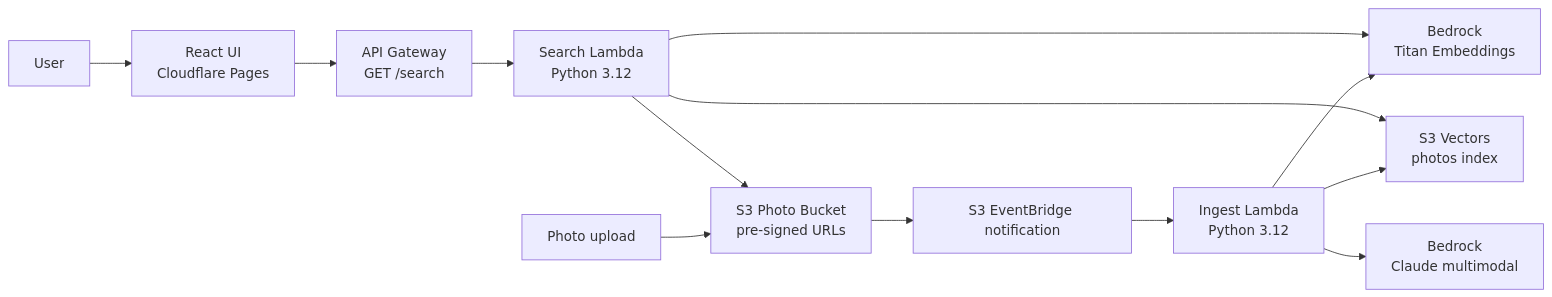
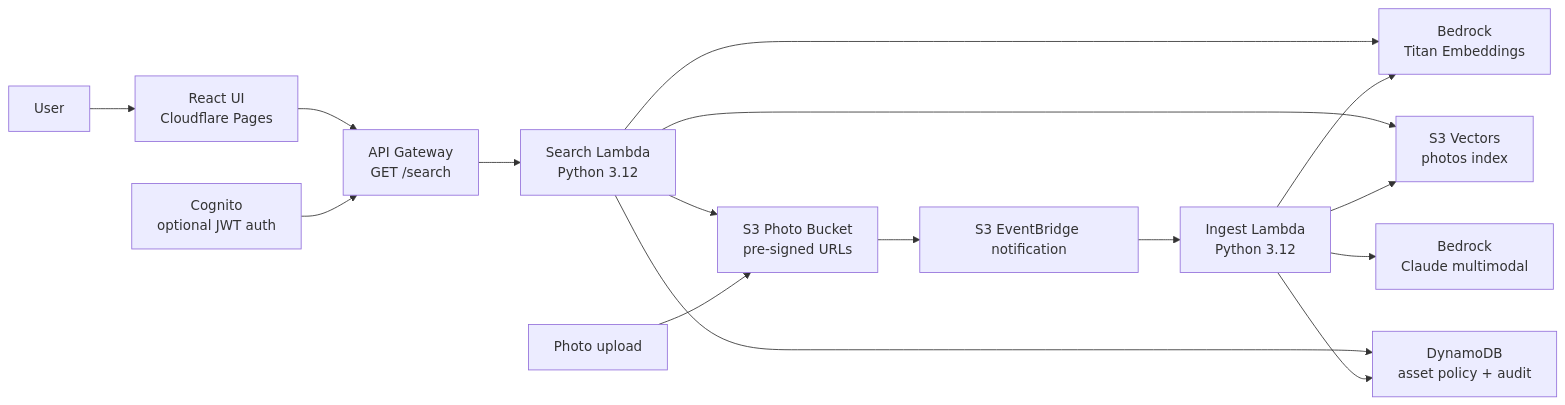
Before and after one commit to manynames3/photoscribe-ai: the diagram in README.md, drawn with Mermaid. The commit also changed other lines of this file and 31 other files, not shown here.

````diff
--- a/README.md
+++ b/README.md
@@ -59,16 +89,19 @@
 ```mermaid
 flowchart LR
     user["User"] --> ui["React UI<br/>Cloudflare Pages"]
     ui --> api["API Gateway<br/>GET /search"]
     api --> search["Search Lambda<br/>Python 3.12"]
+    auth["Cognito<br/>optional JWT auth"] --> api
     search --> embed["Bedrock<br/>Titan Embeddings"]
     search --> vectors["S3 Vectors<br/>photos index"]
     search --> photos["S3 Photo Bucket<br/>pre-signed URLs"]
+    search --> governance["DynamoDB<br/>asset policy + audit"]
 
     uploader["Photo upload"] --> photos
     photos --> events["S3 EventBridge notification"]
     events --> ingest["Ingest Lambda<br/>Python 3.12"]
     ingest --> claude["Bedrock<br/>Claude multimodal"]
     ingest --> embed
     ingest --> vectors
+    ingest --> governance
 ```
````
